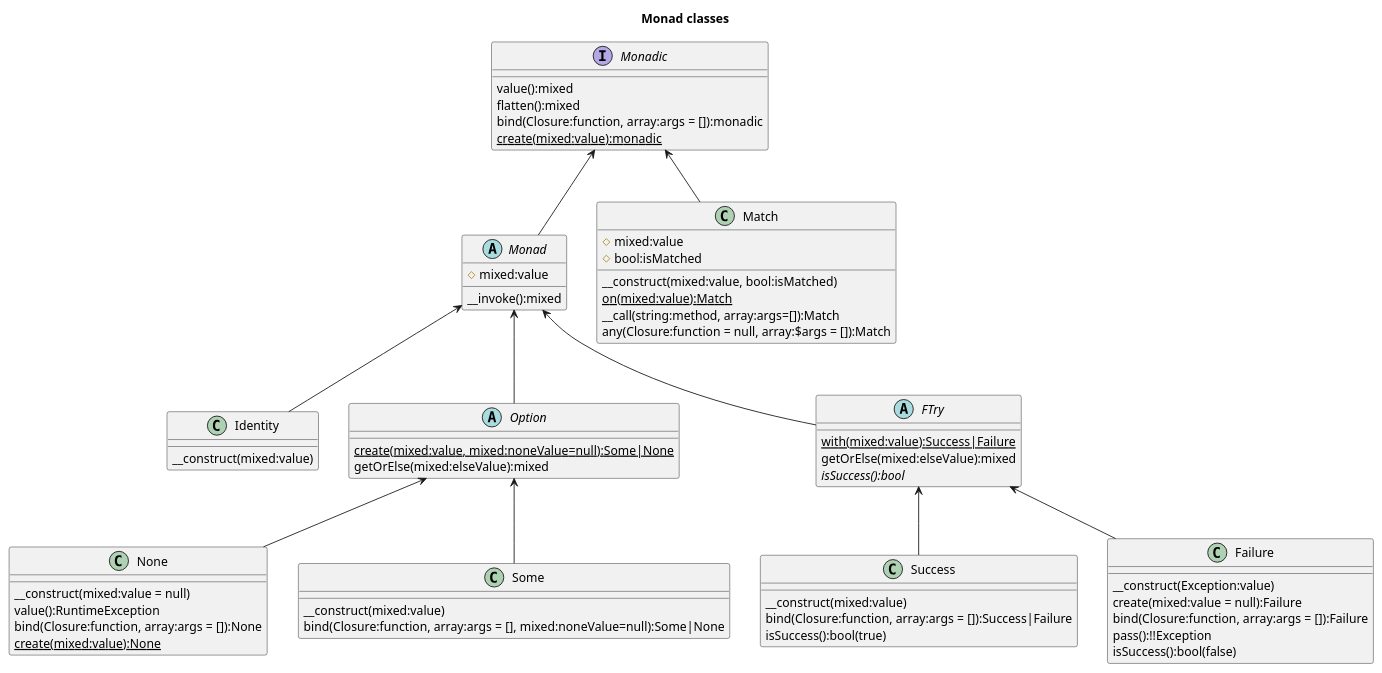
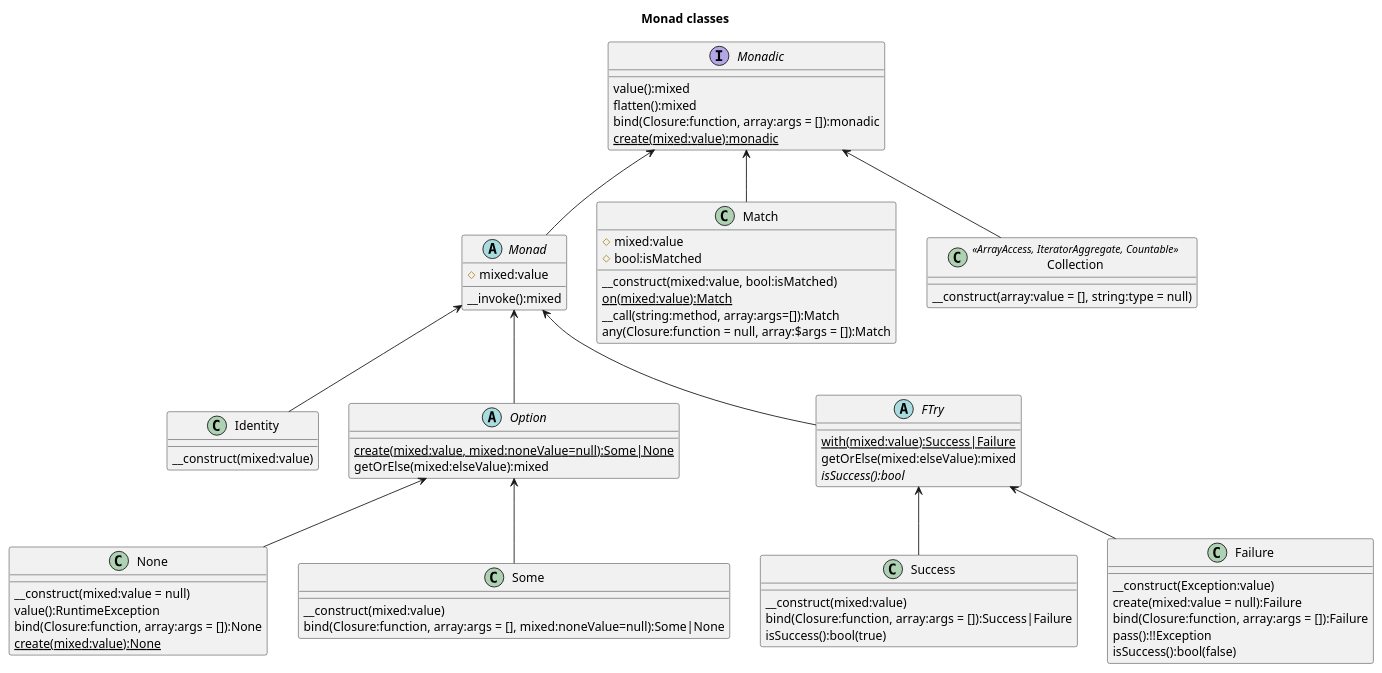
The diagram in docs/Monad Classes.puml (chippyash/Monad), drawn with PlantUML before and after one commit. The commit also changed 2 other files, not shown here.

Commit message:
update uml

```diff
--- a/docs/Monad Classes.puml
+++ b/docs/Monad Classes.puml
@@ -1,75 +1,81 @@
 @startuml
 title Monad classes
 
 interface Monadic {
     value():mixed
     flatten():mixed
     bind(Closure:function, array:args = []):monadic
     {static} create(mixed:value):monadic
 }
 
 abstract class Monad {
     #mixed:value
     __invoke():mixed
 }
 
 class Identity {
     __construct(mixed:value)
 }
 
 abstract class Option {
     {static} create(mixed:value, mixed:noneValue=null):Some|None
     getOrElse(mixed:elseValue):mixed
 }
 
 class None {
     __construct(mixed:value = null)
     value():RuntimeException
     bind(Closure:function, array:args = []):None
     {static} create(mixed:value):None
 }
 
 class Some {
     __construct(mixed:value)
     bind(Closure:function, array:args = [], mixed:noneValue=null):Some|None
 }
 
 class Match {
     #mixed:value
     #bool:isMatched
     __construct(mixed:value, bool:isMatched)
     {static} on(mixed:value):Match
     __call(string:method, array:args=[]):Match
     any(Closure:function = null, array:$args = []):Match
 }
 
 abstract class FTry {
     {static} with(mixed:value):Success|Failure
     getOrElse(mixed:elseValue):mixed
     {abstract} isSuccess():bool
 }
 
 class Success {
     __construct(mixed:value)
     bind(Closure:function, array:args = []):Success|Failure
     isSuccess():bool(true)
 }
 
 class Failure {
     __construct(Exception:value)
      create(mixed:value = null):Failure
     bind(Closure:function, array:args = []):Failure
     pass():!!Exception
     isSuccess():bool(false)
 }
 
+class Collection <<ArrayAccess, IteratorAggregate, Countable>> {
+    __construct(array:value = [], string:type = null)
+}
+
 Monadic <-- Monad
 Monadic <-- Match
+Monadic <-- Collection
 Monad <-- Identity
 Monad <-- Option
 Option <-- None
 Option <-- Some
 Monad <-- FTry
 FTry <-- Success
 FTry <-- Failure
+
 @enduml
```
